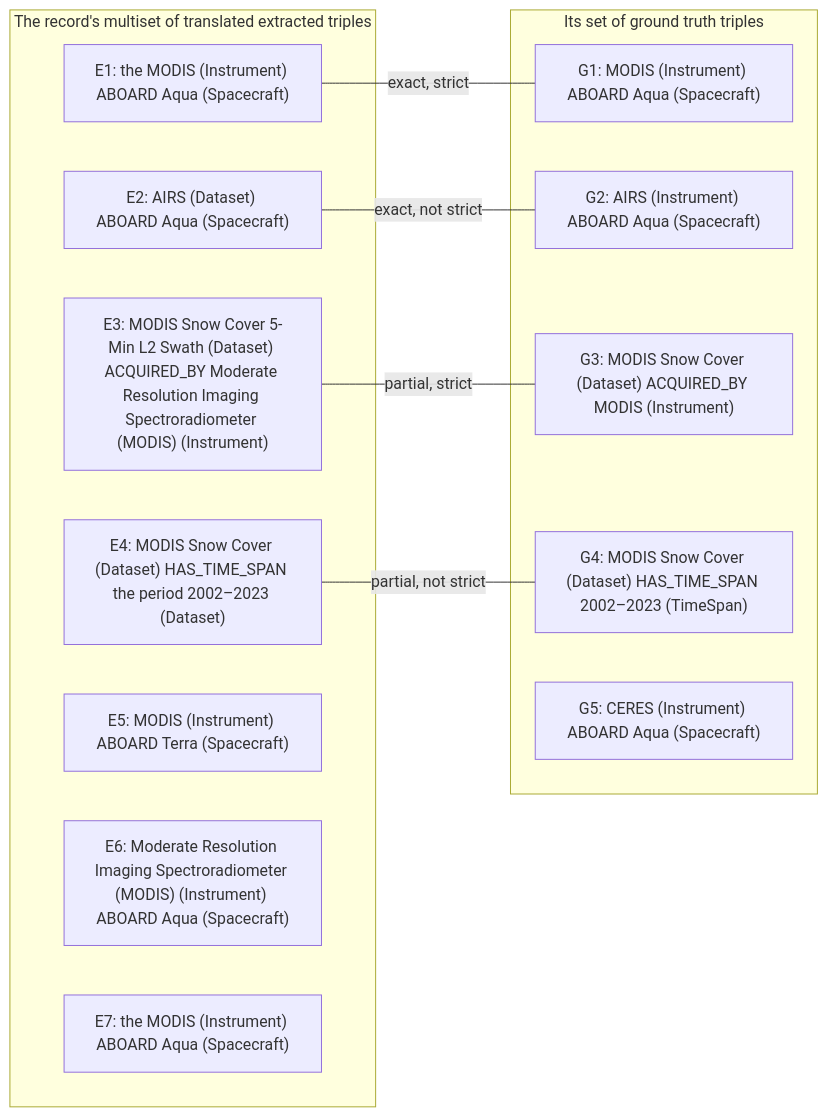
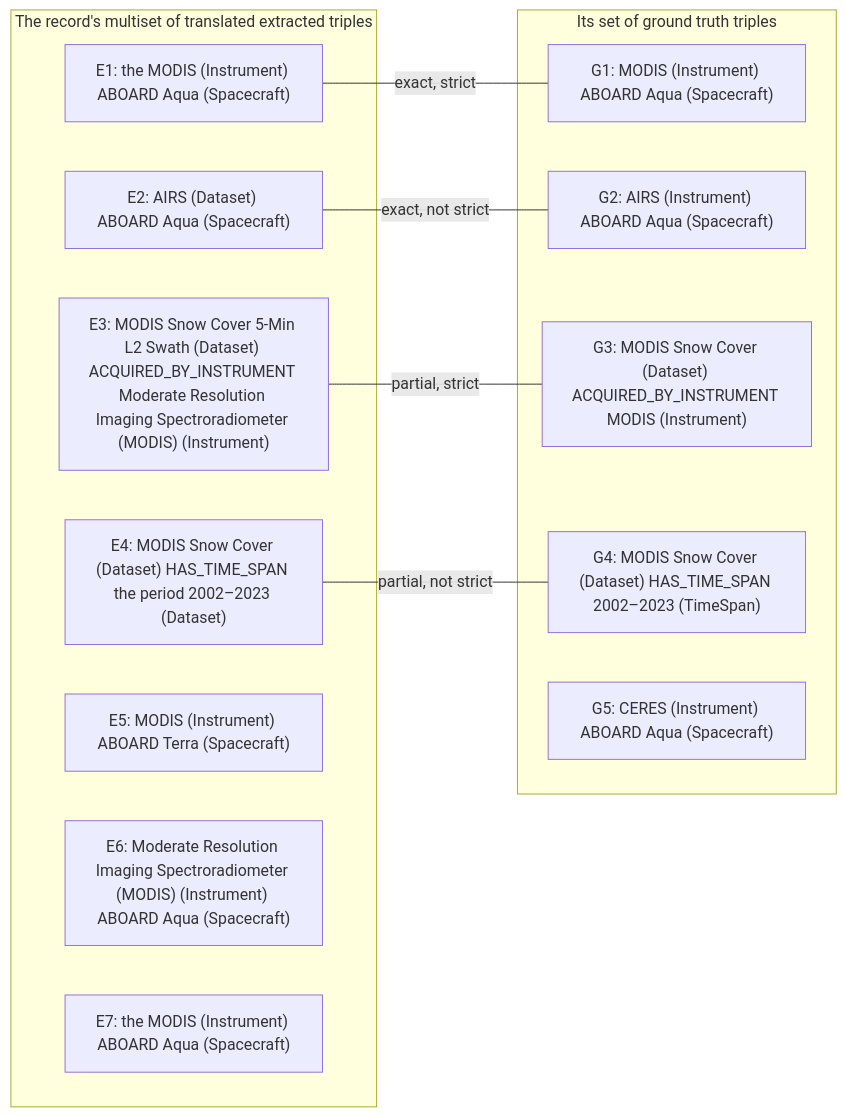
One commit to iulia-iordanescu/datanasagov_KG_proj changed the second of 2 diagrams in 070_evaluate/metrics/pairs.md. Above: the diagram before and after it, drawn with Mermaid. The commit also changed other lines of this file and 19 other files, not shown here.

````diff
--- a/070_evaluate/metrics/pairs.md
+++ b/070_evaluate/metrics/pairs.md
@@ -135,23 +135,23 @@
 ```mermaid
 flowchart LR
   subgraph O["The record's multiset of translated extracted triples"]
     E1["E1: the MODIS (Instrument) ABOARD Aqua (Spacecraft)"]
     E2["E2: AIRS (Dataset) ABOARD Aqua (Spacecraft)"]
-    E3["E3: MODIS Snow Cover 5-Min L2 Swath (Dataset) ACQUIRED_BY Moderate Resolution Imaging Spectroradiometer (MODIS) (Instrument)"]
+    E3["E3: MODIS Snow Cover 5-Min L2 Swath (Dataset) ACQUIRED_BY_INSTRUMENT Moderate Resolution Imaging Spectroradiometer (MODIS) (Instrument)"]
     E4["E4: MODIS Snow Cover (Dataset) HAS_TIME_SPAN the period 2002–2023 (Dataset)"]
     E5["E5: MODIS (Instrument) ABOARD Terra (Spacecraft)"]
     E6["E6: Moderate Resolution Imaging Spectroradiometer (MODIS) (Instrument) ABOARD Aqua (Spacecraft)"]
     E7["E7: the MODIS (Instrument) ABOARD Aqua (Spacecraft)"]
   end
   subgraph GT["Its set of ground truth triples"]
     G1["G1: MODIS (Instrument) ABOARD Aqua (Spacecraft)"]
     G2["G2: AIRS (Instrument) ABOARD Aqua (Spacecraft)"]
-    G3["G3: MODIS Snow Cover (Dataset) ACQUIRED_BY MODIS (Instrument)"]
+    G3["G3: MODIS Snow Cover (Dataset) ACQUIRED_BY_INSTRUMENT MODIS (Instrument)"]
     G4["G4: MODIS Snow Cover (Dataset) HAS_TIME_SPAN 2002–2023 (TimeSpan)"]
     G5["G5: CERES (Instrument) ABOARD Aqua (Spacecraft)"]
   end
   E1 ---|exact, strict| G1
   E2 ---|exact, not strict| G2
   E3 ---|partial, strict| G3
   E4 ---|partial, not strict| G4
 ```
````
